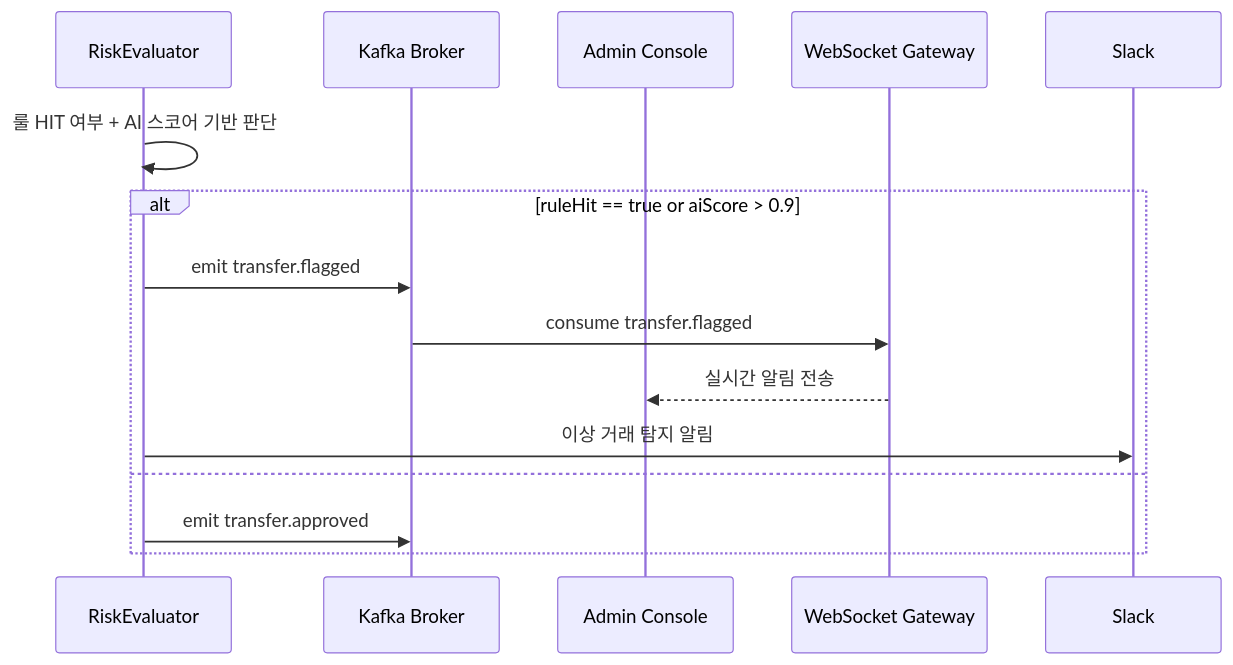
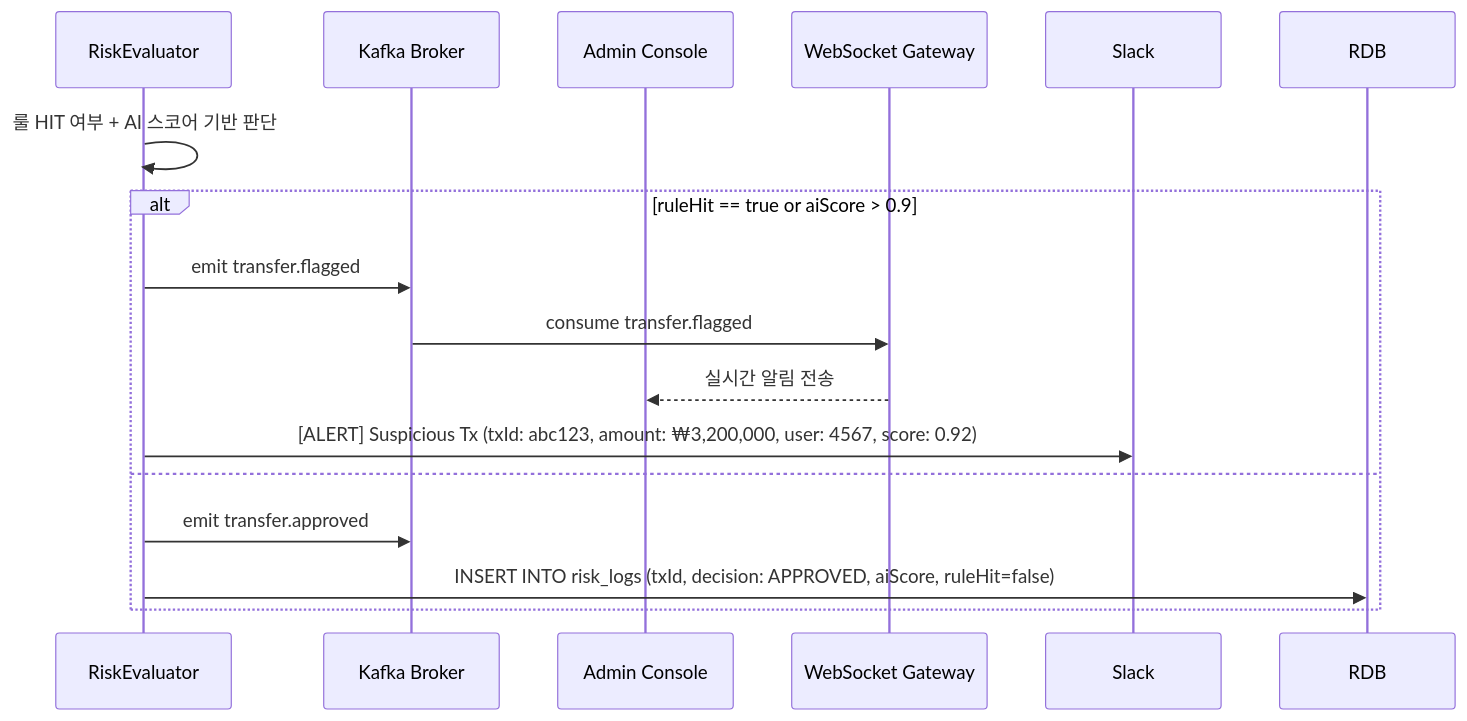
The sixth of 7 diagrams in docs/SequenceDiagram.md (hyungkishin/FDS-System), drawn with Mermaid before and after one commit. The commit also changed other lines of this file and 3 other files, not shown here.

Commit message:
fix: ERD / infra ( 이벤트 기반 ) 보완 - account_balance 테이블 추가 - infra 이벤트 기반 uml 수정

````diff
--- a/docs/SequenceDiagram.md
+++ b/docs/SequenceDiagram.md
@@ -135,18 +135,19 @@
 ```mermaid
 sequenceDiagram
     participant RiskEval as RiskEvaluator
     participant Kafka as Kafka Broker
     participant Admin as Admin Console
     participant WS as WebSocket Gateway
     participant Slack as Slack
 
     RiskEval->>RiskEval: 룰 HIT 여부 + AI 스코어 기반 판단
     alt ruleHit == true or aiScore > 0.9
         RiskEval->>Kafka: emit transfer.flagged
         Kafka->>WS: consume transfer.flagged
         WS-->>Admin: 실시간 알림 전송
-        RiskEval->>Slack: 이상 거래 탐지 알림
+        RiskEval->>Slack: [ALERT] Suspicious Tx (txId: abc123, amount: ₩3,200,000, user: 4567, score: 0.92)
     else
         RiskEval->>Kafka: emit transfer.approved
+        RiskEval->>RDB: INSERT INTO risk_logs (txId, decision: APPROVED, aiScore, ruleHit=false)
     end
 ```
````
